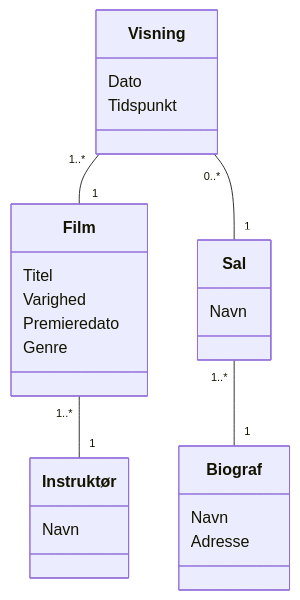
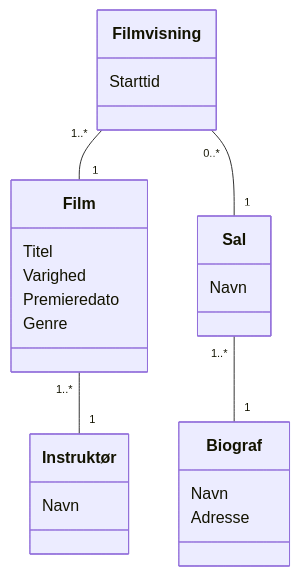
One commit to DMOoF25/TheMovie changed the diagram in docs/DomainModel-sprint2.mmd. Above: the diagram before and after it, drawn with Mermaid.

Commit message:
Update after glossery review

```diff
--- a/docs/DomainModel-sprint2.mmd
+++ b/docs/DomainModel-sprint2.mmd
@@ -1,30 +1,29 @@
 classDiagram
     class Film {
         Titel
         Varighed
         Premieredato
         Genre
     }
 
     class Instruktør {
         Navn
     }
 
     class Biograf {
         Navn
         Adresse
     }
 
     class Sal {
         Navn
     }
 
-    class Visning {
-        Dato
-        Tidspunkt
+    class Film visning {
+        Starttid
     }
    
     Film "1..*" -- "1" Instruktør
-    Visning "1..*" -- "1" Film
-    Visning "0..*" -- "1" Sal
+    Film visning "1..*" -- "1" Film
+    Film visning "0..*" -- "1" Sal
     Sal "1..*" -- "1" Biograf
```
